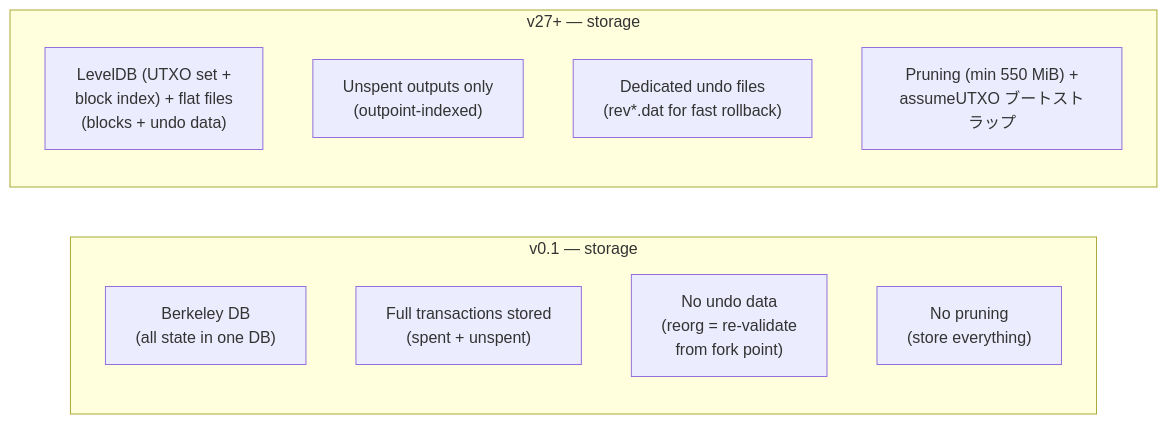
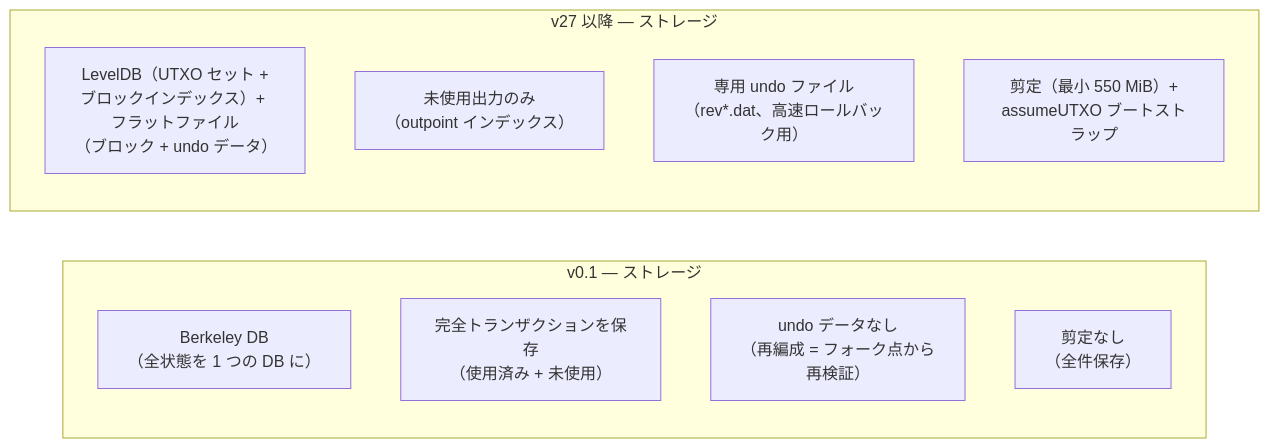
One commit to cypher256/BitcoinArchive changed the eighth of 10 diagrams in src/data/translations/ja/design/2009-01-03-bitcoin-architecture-evolution.md. Above: the diagram before and after it, drawn with Mermaid. The commit also changed other lines of this file and 11 other files, not shown here.

````diff
--- a/src/data/translations/ja/design/2009-01-03-bitcoin-architecture-evolution.md
+++ b/src/data/translations/ja/design/2009-01-03-bitcoin-architecture-evolution.md
@@ -288,18 +288,18 @@
 ```mermaid
 flowchart LR
-    subgraph V01_STORE["v0.1 — storage"]
+    subgraph V01_STORE["v0.1 — ストレージ"]
         direction TB
-        BDB_S["Berkeley DB<br/>(all state in one DB)"]
-        FULL_TX["Full transactions stored<br/>(spent + unspent)"]
-        NO_UNDO["No undo data<br/>(reorg = re-validate<br/>from fork point)"]
-        NO_PRUNE["No pruning<br/>(store everything)"]
+        BDB_S["Berkeley DB<br/>（全状態を 1 つの DB に）"]
+        FULL_TX["完全トランザクションを保存<br/>（使用済み + 未使用）"]
+        NO_UNDO["undo データなし<br/>（再編成 = フォーク点から<br/>再検証）"]
+        NO_PRUNE["剪定なし<br/>（全件保存）"]
     end
 
-    subgraph V27_STORE["v27+ — storage"]
+    subgraph V27_STORE["v27 以降 — ストレージ"]
         direction TB
-        MULTI_S["LevelDB (UTXO set +<br/>block index) + flat files<br/>(blocks + undo data)"]
-        UTXO_ONLY["Unspent outputs only<br/>(outpoint-indexed)"]
-        UNDO_S["Dedicated undo files<br/>(rev*.dat for fast rollback)"]
-        PRUNE_S["Pruning (min 550 MiB) +<br/>assumeUTXO ブートストラップ"]
+        MULTI_S["LevelDB（UTXO セット +<br/>ブロックインデックス）+ フラットファイル<br/>（ブロック + undo データ）"]
+        UTXO_ONLY["未使用出力のみ<br/>（outpoint インデックス）"]
+        UNDO_S["専用 undo ファイル<br/>（rev*.dat、高速ロールバック用）"]
+        PRUNE_S["剪定（最小 550 MiB）+<br/>assumeUTXO ブートストラップ"]
     end
 ```
````
